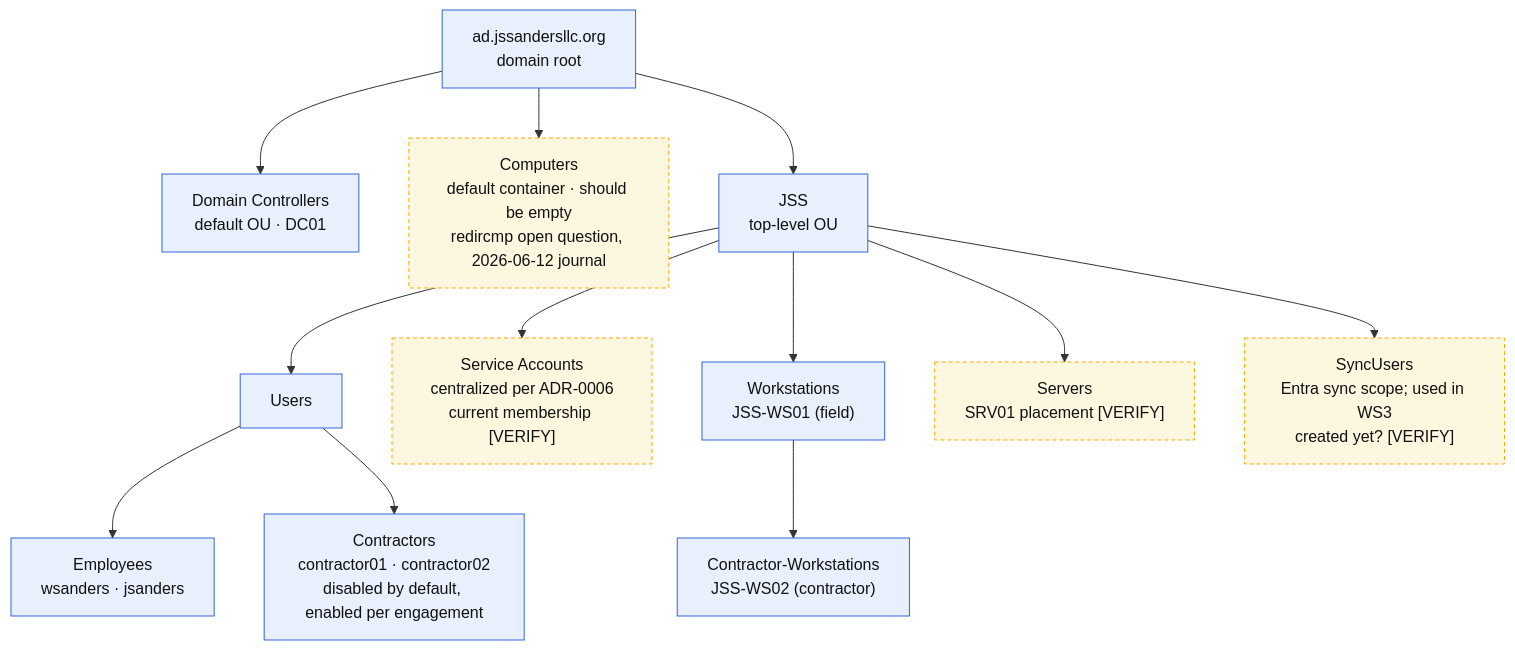
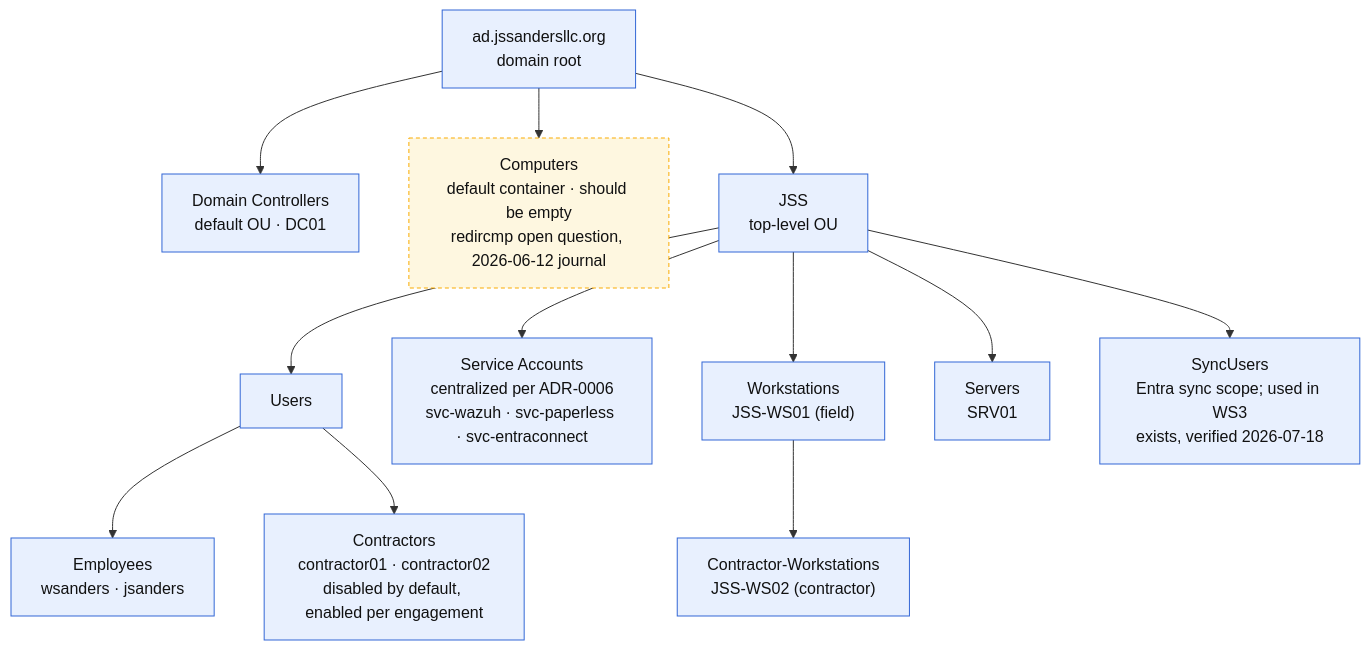
One commit to wadesanders-infra/jssandersllc-infra changed the diagram in onprem/diagrams/ou-structure-gpo-summary.md. Above: the diagram before and after it, drawn with Mermaid. The commit also changed other lines of this file and 7 other files, not shown here.

````diff
--- a/onprem/diagrams/ou-structure-gpo-summary.md
+++ b/onprem/diagrams/ou-structure-gpo-summary.md
@@ -7,38 +7,38 @@
 ```mermaid
 flowchart TB
     classDef zone fill:#e8f0fe,stroke:#3367d6,color:#111111
     classDef unver fill:#fef7e0,stroke:#f9ab00,stroke-dasharray:4 3,color:#111111
     classDef planned fill:#e8f0fe,stroke:#3367d6,stroke-dasharray:5 5,color:#111111
 
     DOM["ad.jssandersllc.org<br/>domain root"]:::zone
 
     DCOU["Domain Controllers<br/>default OU · DC01"]:::zone
     COMP["Computers<br/>default container · should be empty<br/>redircmp open question, 2026-06-12 journal"]:::unver
 
     JSS["JSS<br/>top-level OU"]:::zone
 
     USERS["Users"]:::zone
     EMP["Employees<br/>wsanders · jsanders"]:::zone
     CONT["Contractors<br/>contractor01 · contractor02<br/>disabled by default, enabled per engagement"]:::zone
 
-    SVC["Service Accounts<br/>centralized per ADR-0006<br/>current membership [VERIFY]"]:::unver
+    SVC["Service Accounts<br/>centralized per ADR-0006<br/>svc-wazuh · svc-paperless · svc-entraconnect"]:::zone
 
     WS["Workstations<br/>JSS-WS01 (field)"]:::zone
     CWS["Contractor-Workstations<br/>JSS-WS02 (contractor)"]:::zone
 
-    SRV["Servers<br/>SRV01 placement [VERIFY]"]:::unver
+    SRV["Servers<br/>SRV01"]:::zone
 
-    SYNC["SyncUsers<br/>Entra sync scope; used in WS3<br/>created yet? [VERIFY]"]:::unver
+    SYNC["SyncUsers<br/>Entra sync scope; used in WS3<br/>exists, verified 2026-07-18"]:::zone
 
     DOM --> DCOU
     DOM --> COMP
     DOM --> JSS
     JSS --> USERS
     USERS --> EMP
     USERS --> CONT
     JSS --> SVC
     JSS --> WS
     WS --> CWS
     JSS --> SRV
     JSS --> SYNC
 ```
````
